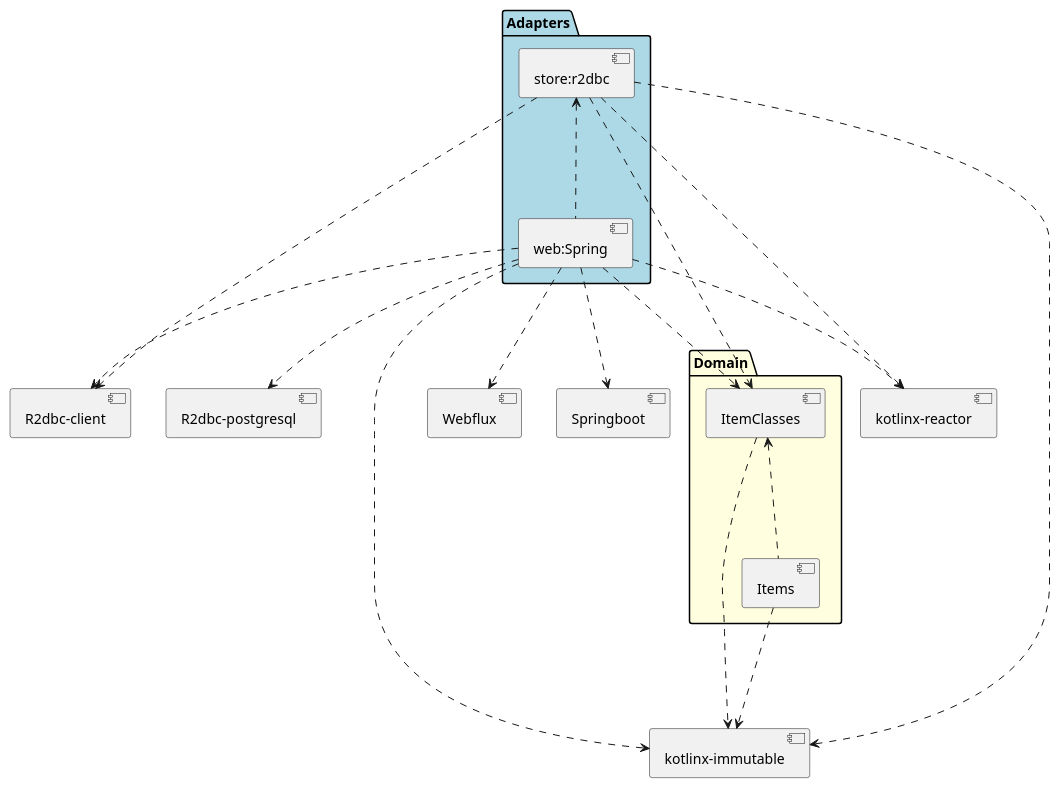
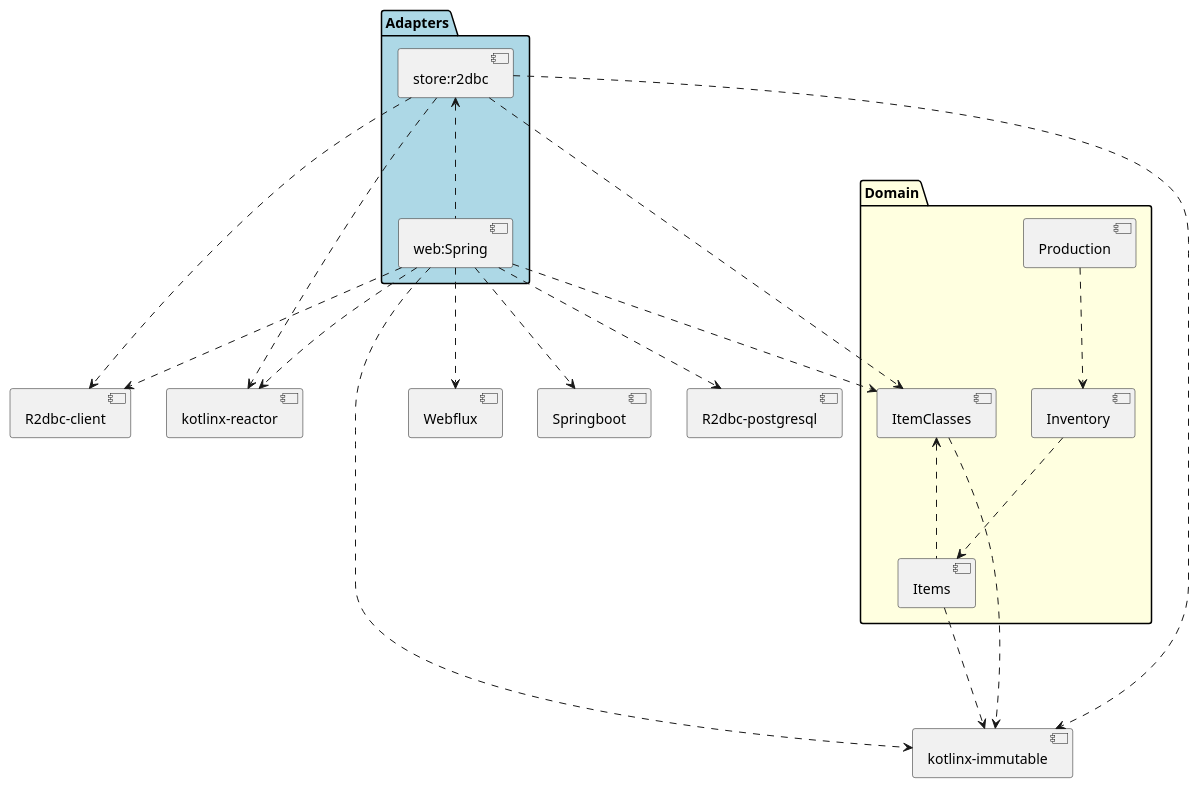
Before and after one commit to maciejmalecki/inventory: the diagram in doc/dia/zerodependency.puml, drawn with PlantUML. The commit also changed 4 other files, not shown here.

```diff
--- a/doc/dia/zerodependency.puml
+++ b/doc/dia/zerodependency.puml
@@ -1,36 +1,38 @@
 @startuml
 
 [R2dbc-client] as r2dbc
 [R2dbc-postgresql] as psql
 [kotlinx-immutable] as immutable
 [Webflux]
 [Springboot]
 [kotlinx-reactor] as reactor
 
 package "Domain" #lightyellow {
     [ItemClasses] <... [Items]
+    [Inventory] ...> [Items]
+    [Production] ...> [Inventory]
 }
 
 package "Adapters" #lightblue {
     [store:r2dbc] as storer2dbc
     [web:Spring] as Spring
 }
 
 storer2dbc <... Spring
 
 ItemClasses ...> immutable
 Items ...> immutable
 
 storer2dbc ...> ItemClasses
 storer2dbc ...> r2dbc
 storer2dbc ...> immutable
 storer2dbc ...> reactor
 
 Spring ...> ItemClasses
 Spring ...> psql
 Spring ...> r2dbc
 Spring ...> Webflux
 Spring ...> Springboot
 Spring ...> immutable
 Spring ...> reactor
 @enduml
```
